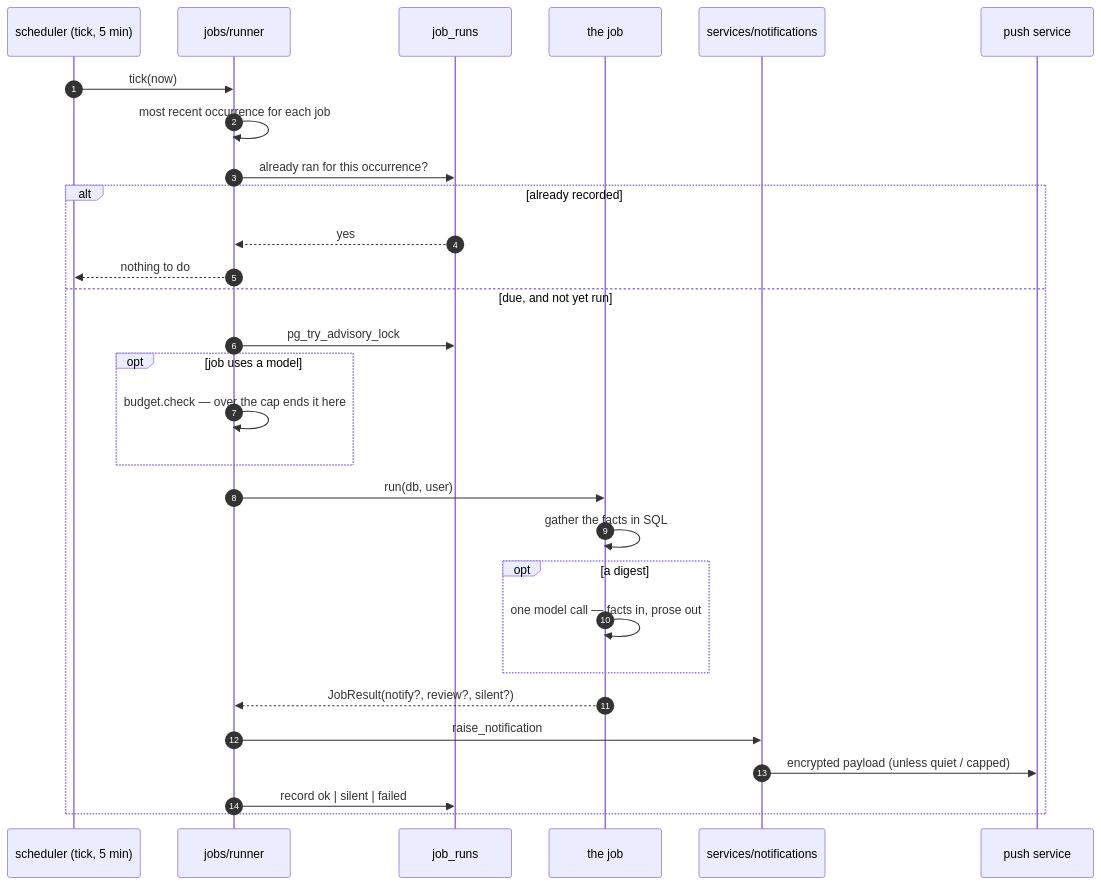
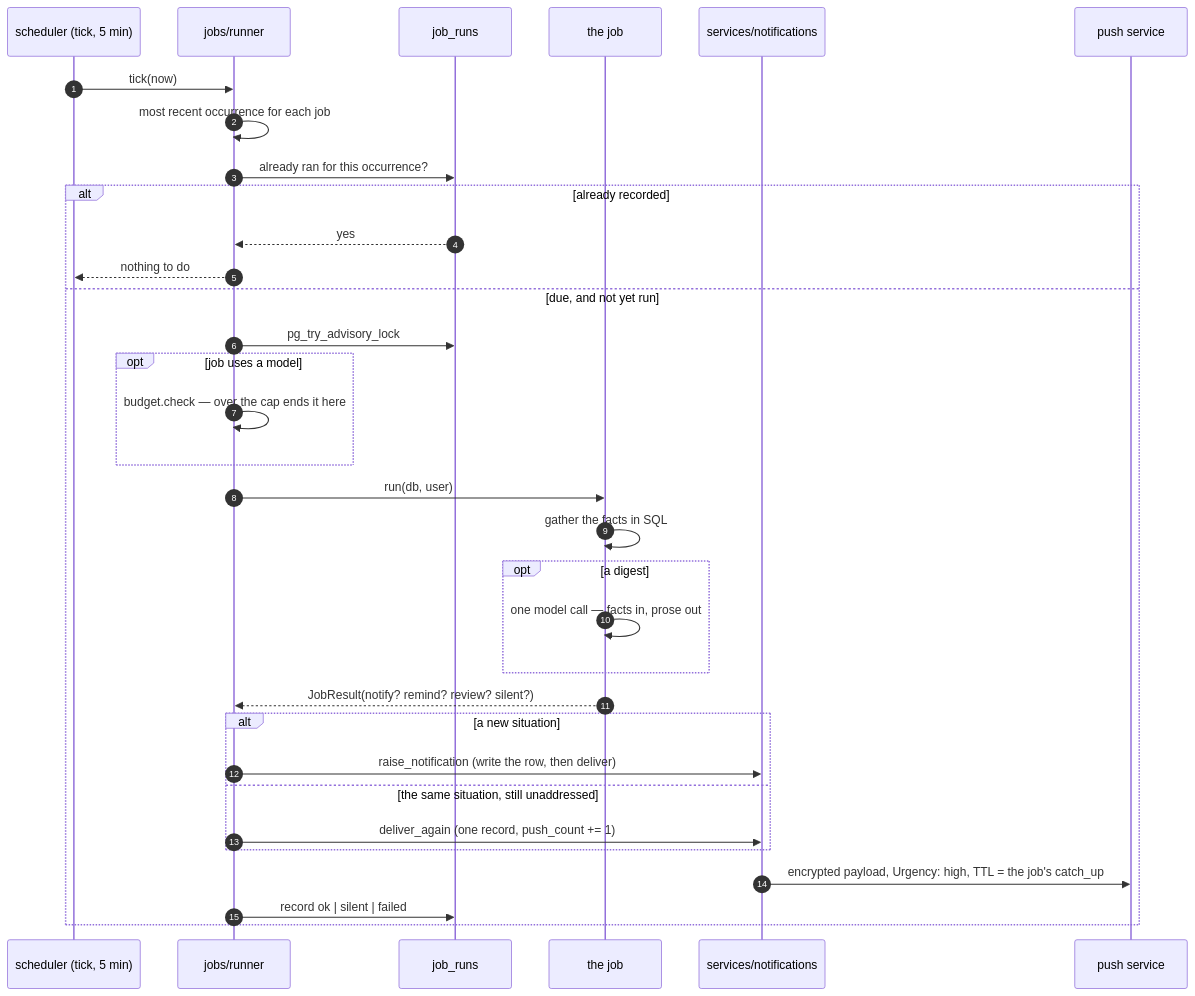
Before and after one commit to narendra632/aceroai: the ninth of 11 diagrams in docs/ARCHITECTURE.md, drawn with Mermaid. The commit also changed other lines of this file and 28 other files, not shown here.

````diff
--- a/docs/ARCHITECTURE.md
+++ b/docs/ARCHITECTURE.md
@@ -532,32 +532,36 @@
 ```mermaid
 sequenceDiagram
     autonumber
     participant T as scheduler (tick, 5 min)
     participant R as jobs/runner
     participant DB as job_runs
     participant J as the job
     participant N as services/notifications
     participant P as push service
 
     T->>R: tick(now)
     R->>R: most recent occurrence for each job
     R->>DB: already ran for this occurrence?
     alt already recorded
         DB-->>R: yes
         R-->>T: nothing to do
     else due, and not yet run
         R->>DB: pg_try_advisory_lock
         opt job uses a model
             R->>R: budget.check — over the cap ends it here
         end
         R->>J: run(db, user)
         J->>J: gather the facts in SQL
         opt a digest
             J->>J: one model call — facts in, prose out
         end
-        J-->>R: JobResult(notify?, review?, silent?)
-        R->>N: raise_notification
-        N->>P: encrypted payload (unless quiet / capped)
+        J-->>R: JobResult(notify? remind? review? silent?)
+        alt a new situation
+            R->>N: raise_notification (write the row, then deliver)
+        else the same situation, still unaddressed
+            R->>N: deliver_again (one record, push_count += 1)
+        end
+        N->>P: encrypted payload, Urgency: high, TTL = the job's catch_up
         R->>DB: record ok | silent | failed
     end
 ```
````
